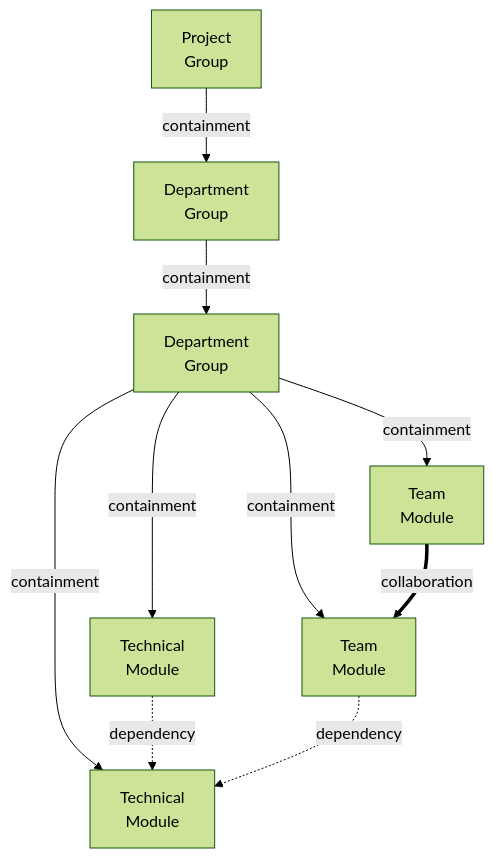
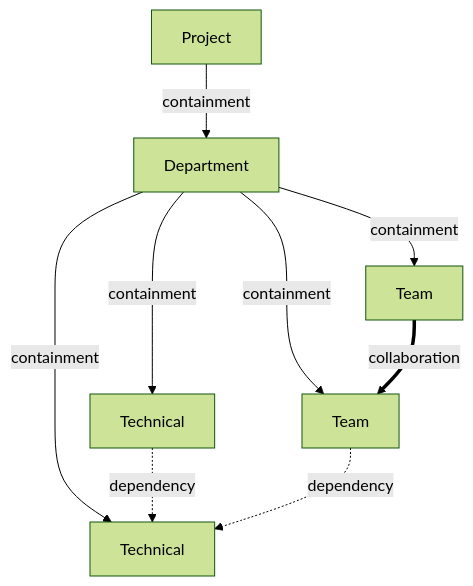
One commit to nan023062/project-dna changed the third of 3 diagrams in src/Dna.Knowledge/UML.md. Above: the diagram before and after it, drawn with Mermaid (forest theme). The commit also changed other lines of this file and 55 other files, not shown here.

Commit message:
refactor: remove legacy topo runtime and align memory flow

````diff
--- a/src/Dna.Knowledge/UML.md
+++ b/src/Dna.Knowledge/UML.md
@@ -172,21 +136,19 @@
 ```mermaid
 flowchart TD
-    Project["Project<br/>Group"]
-    DepartmentA["Department<br/>Group"]
-    DepartmentB["Department<br/>Group"]
-    TechnicalA["Technical<br/>Module"]
-    TechnicalB["Technical<br/>Module"]
-    TeamA["Team<br/>Module"]
-    TeamB["Team<br/>Module"]
+    Project["Project"]
+    Department["Department"]
+    TechnicalA["Technical"]
+    TechnicalB["Technical"]
+    TeamA["Team"]
+    TeamB["Team"]
 
-    Project -->|containment| DepartmentA
-    DepartmentA -->|containment| DepartmentB
-    DepartmentB -->|containment| TechnicalA
-    DepartmentB -->|containment| TechnicalB
-    DepartmentB -->|containment| TeamA
-    DepartmentB -->|containment| TeamB
+    Project -->|containment| Department
+    Department -->|containment| TechnicalA
+    Department -->|containment| TechnicalB
+    Department -->|containment| TeamA
+    Department -->|containment| TeamB
 
     TechnicalB -.->|dependency| TechnicalA
     TeamA -.->|dependency| TechnicalA
     TeamB ==>|collaboration| TeamA
 ```
````
